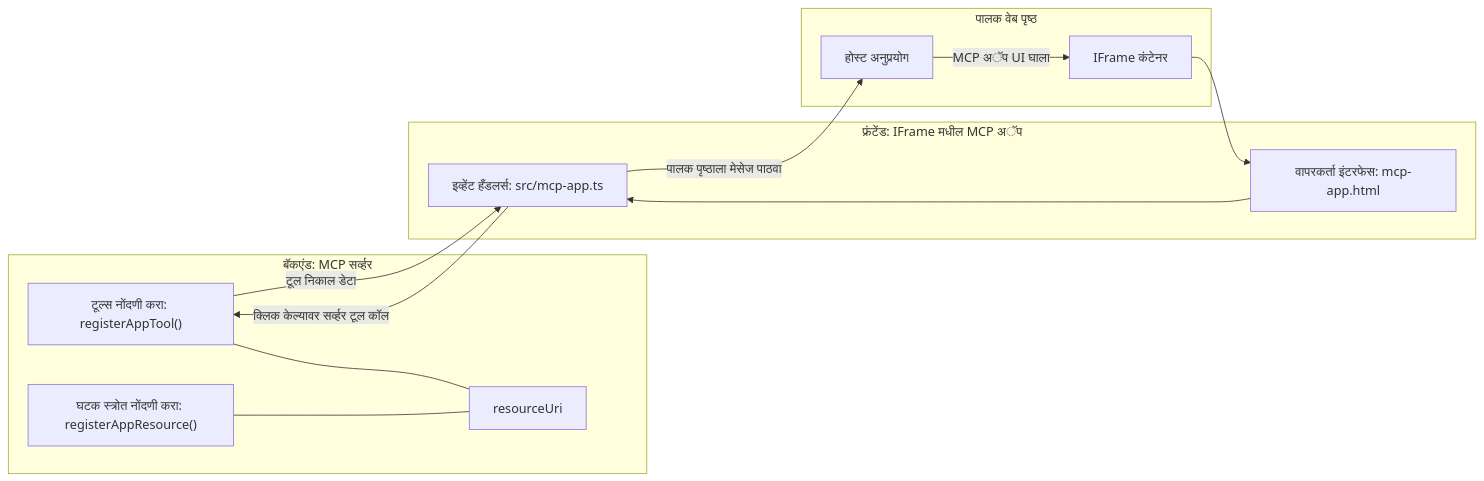
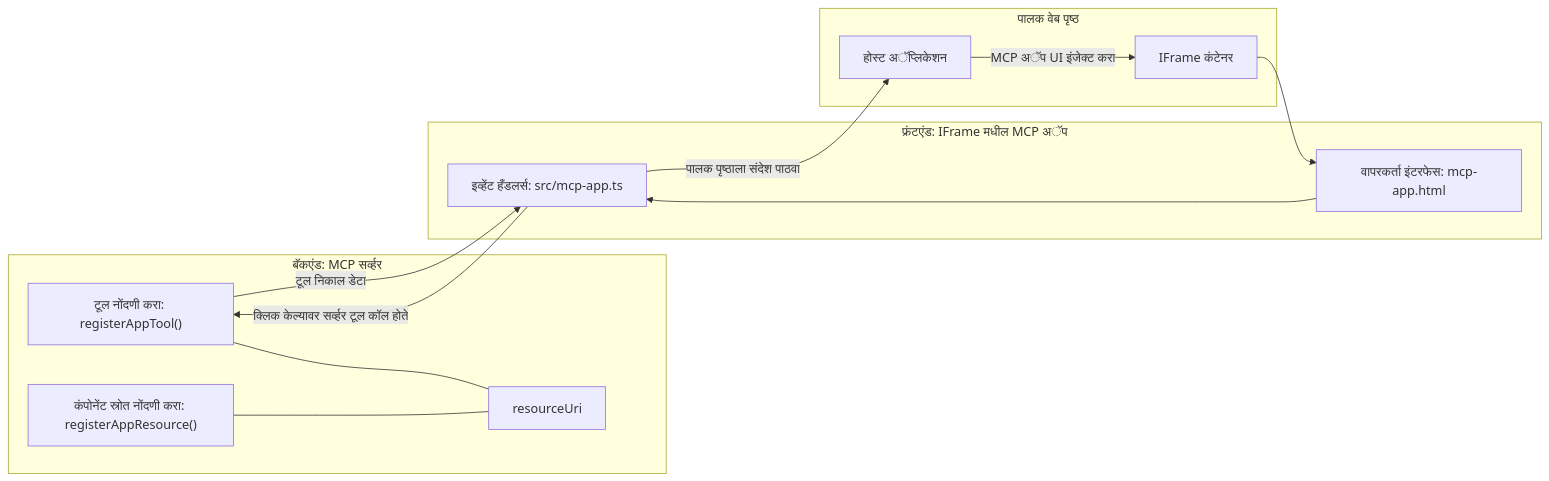
Before and after one commit to HIDORAKAI002/ai-workspace-archive: the diagram in mcp_ecosystem__model_context_protocol/mcp_learning_resources/mcp-for-beginners/translations/mr/03-GettingStarted/15-mcp-apps/README.md, drawn with Mermaid. The commit also changed other lines of this file and 1160 other files, not shown here.

````diff
--- a/mcp_ecosystem__model_context_protocol/mcp_learning_resources/mcp-for-beginners/translations/mr/03-GettingStarted/15-mcp-apps/README.md
+++ b/mcp_ecosystem__model_context_protocol/mcp_learning_resources/mcp-for-beginners/translations/mr/03-GettingStarted/15-mcp-apps/README.md
@@ -32,27 +32,27 @@
 ```mermaid
 flowchart LR
   subgraph Backend[बॅकएंड: MCP सर्व्हर]
-    T["टूल्स नोंदणी करा: registerAppTool()"]
-    C["घटक स्त्रोत नोंदणी करा: registerAppResource()"]
+    T["टूल नोंदणी करा: registerAppTool()"]
+    C["कंपोनेंट स्रोत नोंदणी करा: registerAppResource()"]
     U[resourceUri]
     T --- U
     C --- U
   end
 
   subgraph Parent[पालक वेब पृष्ठ]
-    H[होस्ट अनुप्रयोग]
+    H[होस्ट अॅप्लिकेशन]
     IFRAME[IFrame कंटेनर]
-    H -->|MCP अॅप UI घाला| IFRAME
+    H -->|MCP अॅप UI इंजेक्ट करा| IFRAME
   end
 
-  subgraph Frontend[फ्रंटेंड: IFrame मधील MCP अॅप]
+  subgraph Frontend[फ्रंटएंड: IFrame मधील MCP अॅप]
     UI["वापरकर्ता इंटरफेस: mcp-app.html"]
     EH["इव्हेंट हँडलर्स: src/mcp-app.ts"]
     UI --> EH
   end
 
   IFRAME --> UI
-  EH -->|क्लिक केल्यावर सर्व्हर टूल कॉल| T
+  EH -->|क्लिक केल्यावर सर्व्हर टूल कॉल होते| T
   T -->|टूल निकाल डेटा| EH
-  EH -->|पालक पृष्ठाला मेसेज पाठवा| H
-```
+  EH -->|पालक पृष्ठाला संदेश पाठवा| H
+```  
````
